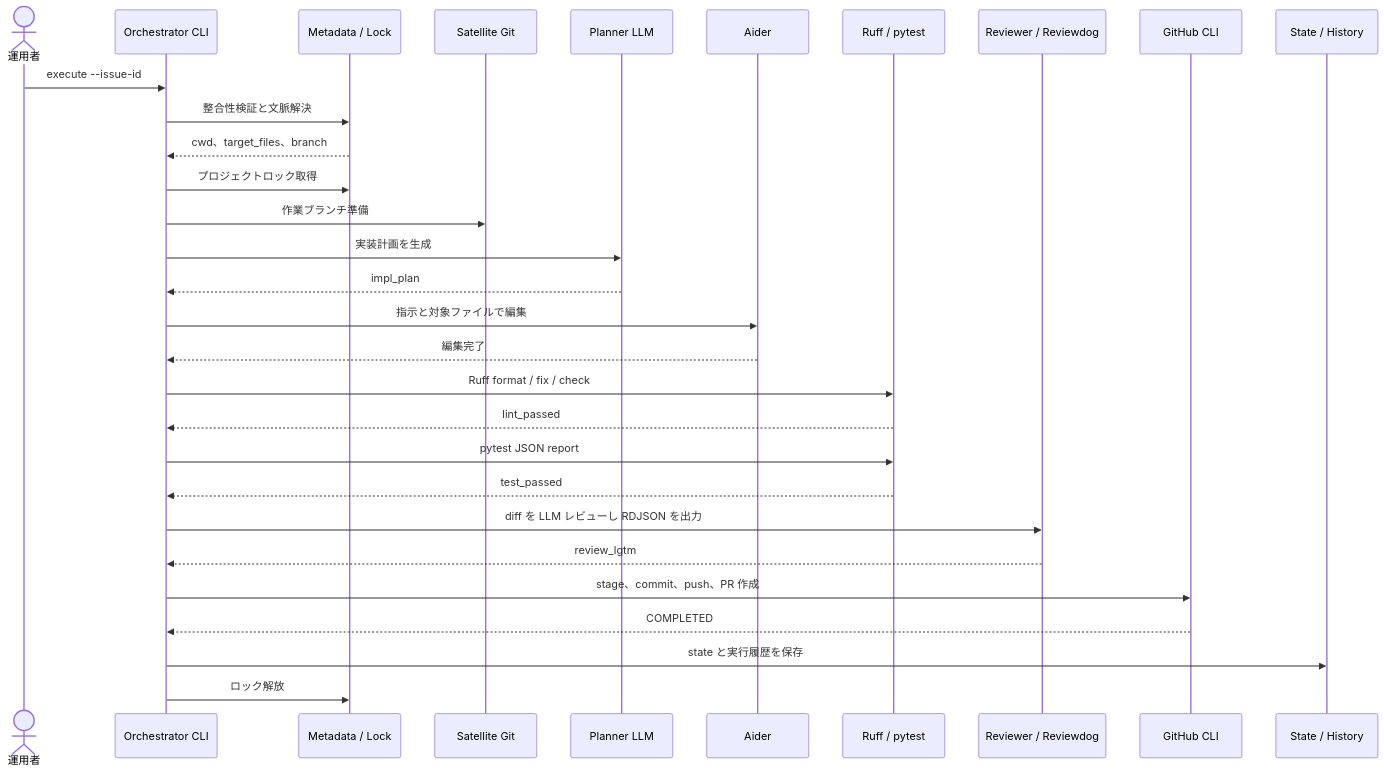
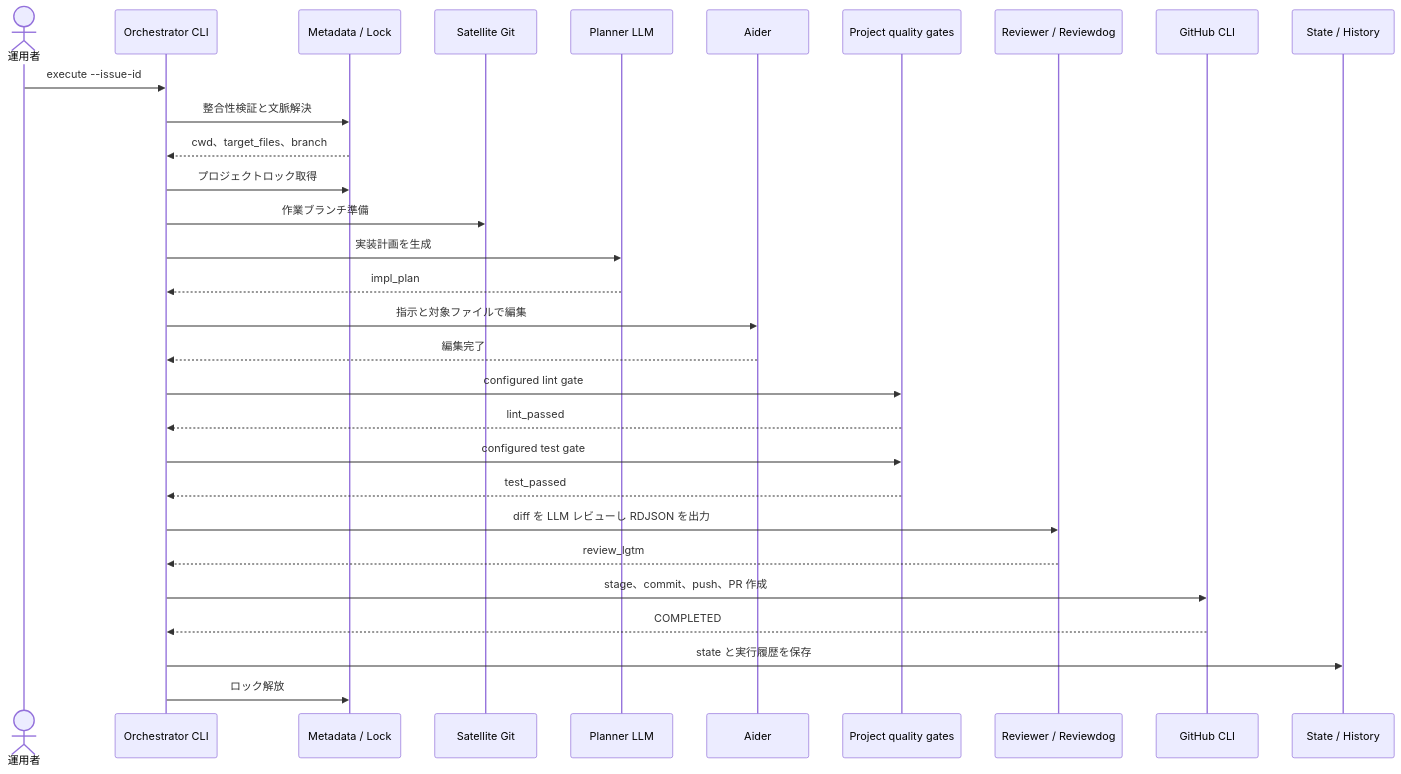
Before and after one commit to xzyozi/second-brain-graph: the second of 3 diagrams in docs/design/SBOS-DD-003_詳細設計書.md, drawn with Mermaid. The commit also changed other lines of this file and 2 other files, not shown here.

````diff
--- a/docs/design/SBOS-DD-003_詳細設計書.md
+++ b/docs/design/SBOS-DD-003_詳細設計書.md
@@ -121,33 +123,33 @@
 ```mermaid
 sequenceDiagram
     actor Operator as 運用者
     participant CLI as Orchestrator CLI
     participant Meta as Metadata / Lock
     participant Git as Satellite Git
     participant Plan as Planner LLM
     participant Aider as Aider
-    participant Quality as Ruff / pytest
+    participant Quality as Project quality gates
     participant Review as Reviewer / Reviewdog
     participant PR as GitHub CLI
     participant Audit as State / History
 
     Operator->>CLI: execute --issue-id
     CLI->>Meta: 整合性検証と文脈解決
     Meta-->>CLI: cwd、target_files、branch
     CLI->>Meta: プロジェクトロック取得
     CLI->>Git: 作業ブランチ準備
     CLI->>Plan: 実装計画を生成
     Plan-->>CLI: impl_plan
     CLI->>Aider: 指示と対象ファイルで編集
     Aider-->>CLI: 編集完了
-    CLI->>Quality: Ruff format / fix / check
+    CLI->>Quality: configured lint gate
     Quality-->>CLI: lint_passed
-    CLI->>Quality: pytest JSON report
+    CLI->>Quality: configured test gate
     Quality-->>CLI: test_passed
     CLI->>Review: diff を LLM レビューし RDJSON を出力
     Review-->>CLI: review_lgtm
     CLI->>PR: stage、commit、push、PR 作成
     PR-->>CLI: COMPLETED
     CLI->>Audit: state と実行履歴を保存
     CLI->>Meta: ロック解放
 ```
````
